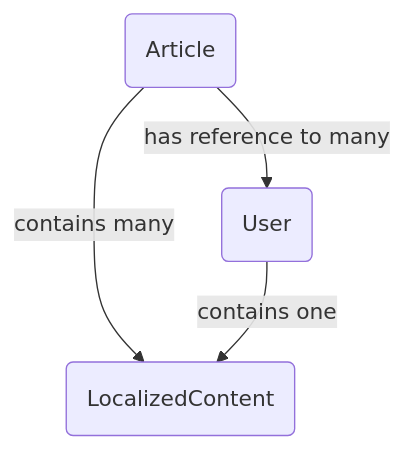
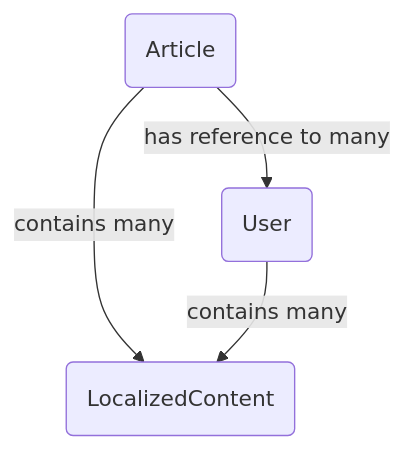
Before and after one commit to BigfootDS/supercamo-example-basic: the diagram in README.md, drawn with Mermaid. The commit also changed other lines of this file, not shown here.

````diff
--- a/README.md
+++ b/README.md
@@ -41,6 +41,6 @@
 ```mermaid
 graph TD
     A(Article) -- has reference to many --> B(User)
     A -- contains many --> C(LocalizedContent)
-    B -- contains one --> C
+    B -- contains many --> C
 ```
````
